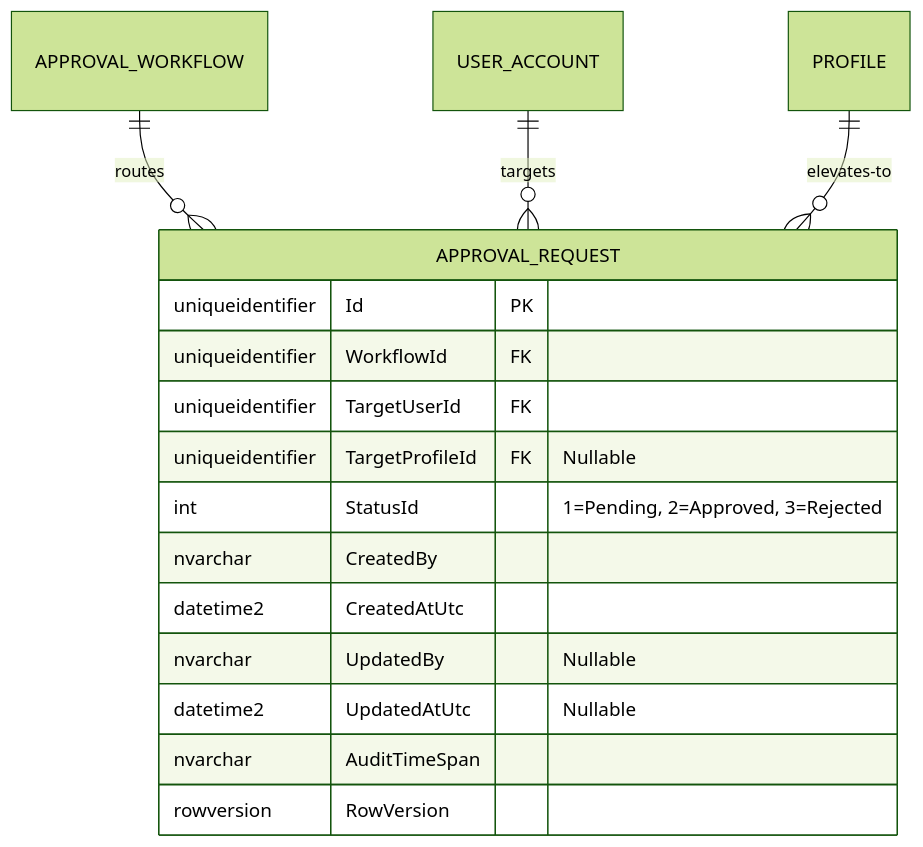
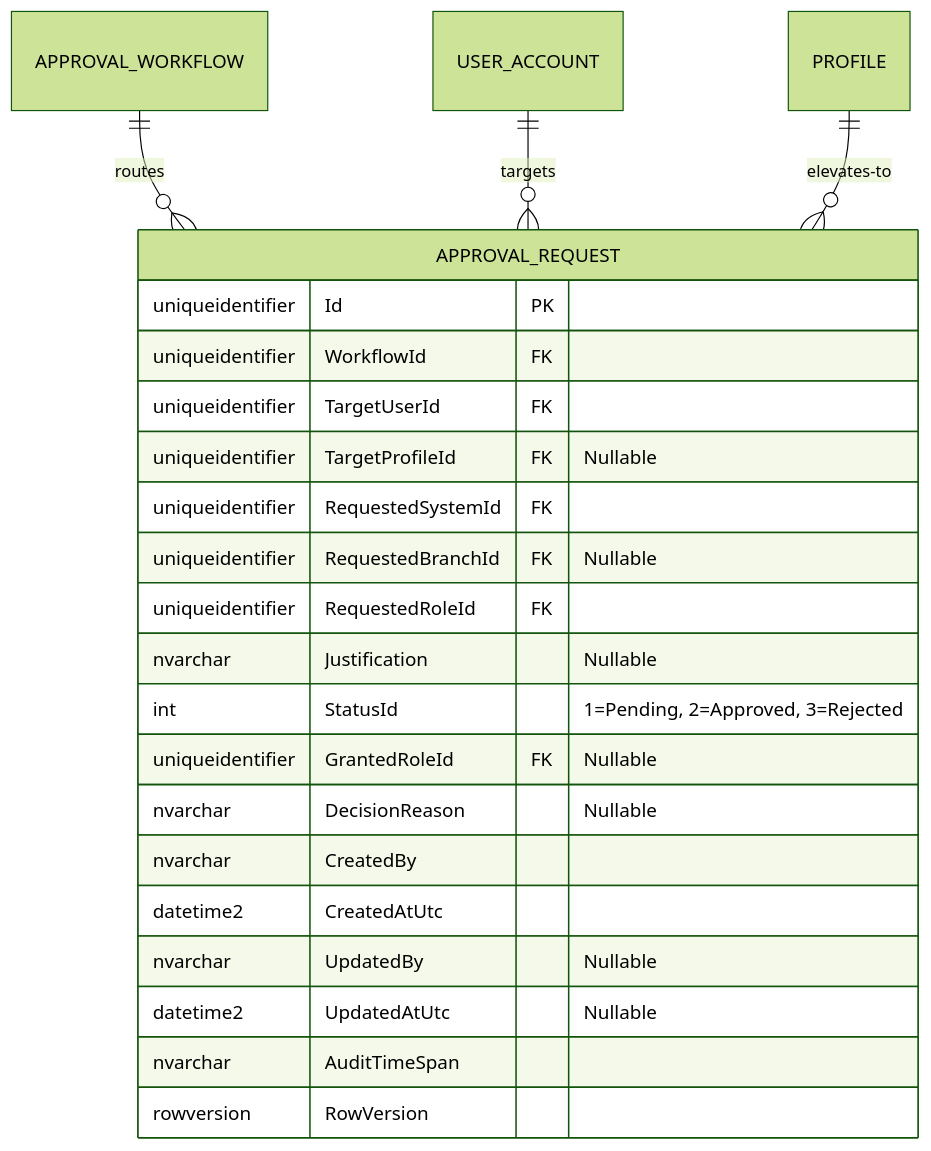
Before and after one commit to beyondnetcode/ums: the fourth of 4 diagrams in docs/domain/approvals/approval-request.md, drawn with Mermaid (forest theme). The commit also changed other lines of this file and 17 other files, not shown here.

````diff
--- a/docs/domain/approvals/approval-request.md
+++ b/docs/domain/approvals/approval-request.md
@@ -157,20 +172,26 @@
 ```mermaid
 erDiagram
     APPROVAL_WORKFLOW ||--o{ APPROVAL_REQUEST : "routes"
     USER_ACCOUNT ||--o{ APPROVAL_REQUEST : "targets"
     PROFILE ||--o{ APPROVAL_REQUEST : "elevates-to"
 
     APPROVAL_REQUEST {
         uniqueidentifier Id PK
         uniqueidentifier WorkflowId FK
         uniqueidentifier TargetUserId FK
         uniqueidentifier TargetProfileId FK "Nullable"
+        uniqueidentifier RequestedSystemId FK
+        uniqueidentifier RequestedBranchId FK "Nullable"
+        uniqueidentifier RequestedRoleId FK
+        nvarchar Justification "Nullable"
         int StatusId "1=Pending, 2=Approved, 3=Rejected"
+        uniqueidentifier GrantedRoleId FK "Nullable"
+        nvarchar DecisionReason "Nullable"
         nvarchar CreatedBy
         datetime2 CreatedAtUtc
         nvarchar UpdatedBy "Nullable"
         datetime2 UpdatedAtUtc "Nullable"
         nvarchar AuditTimeSpan
         rowversion RowVersion
     }
 ```
````
